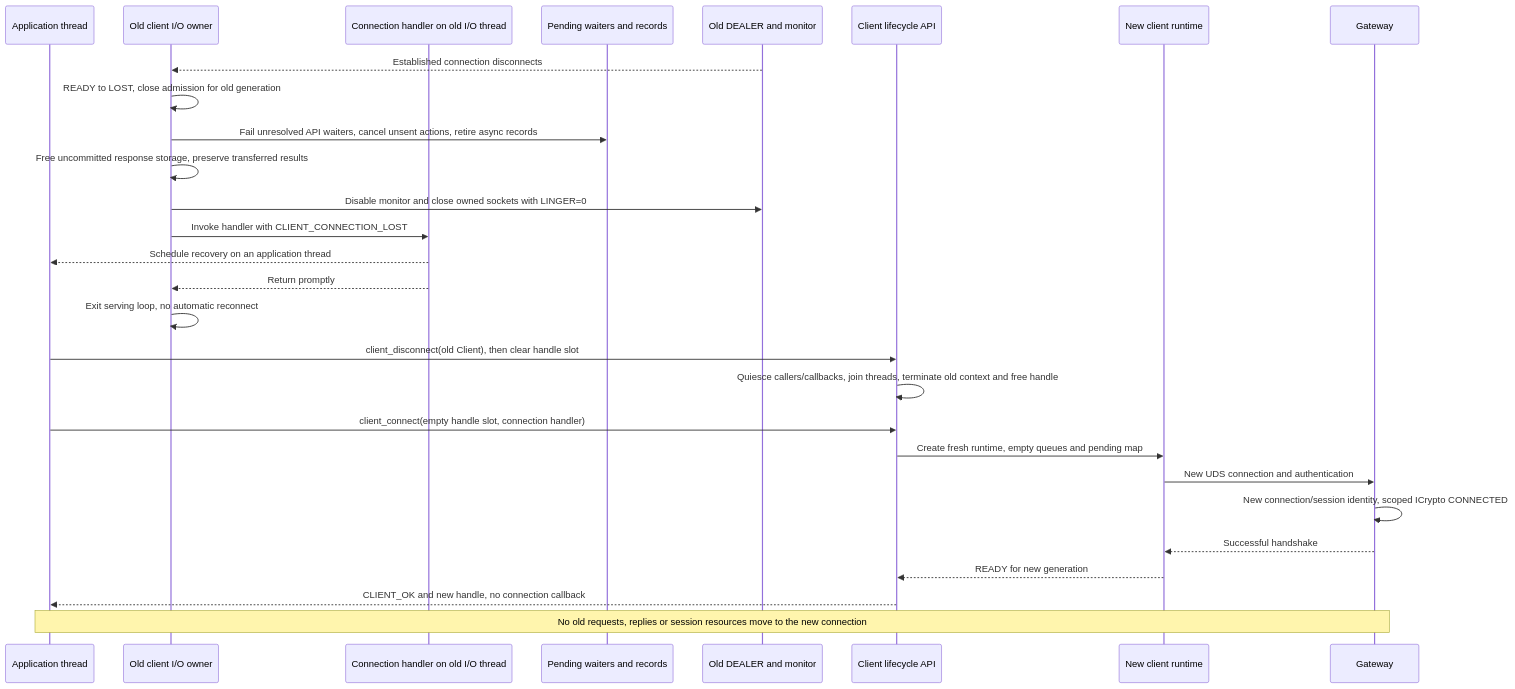
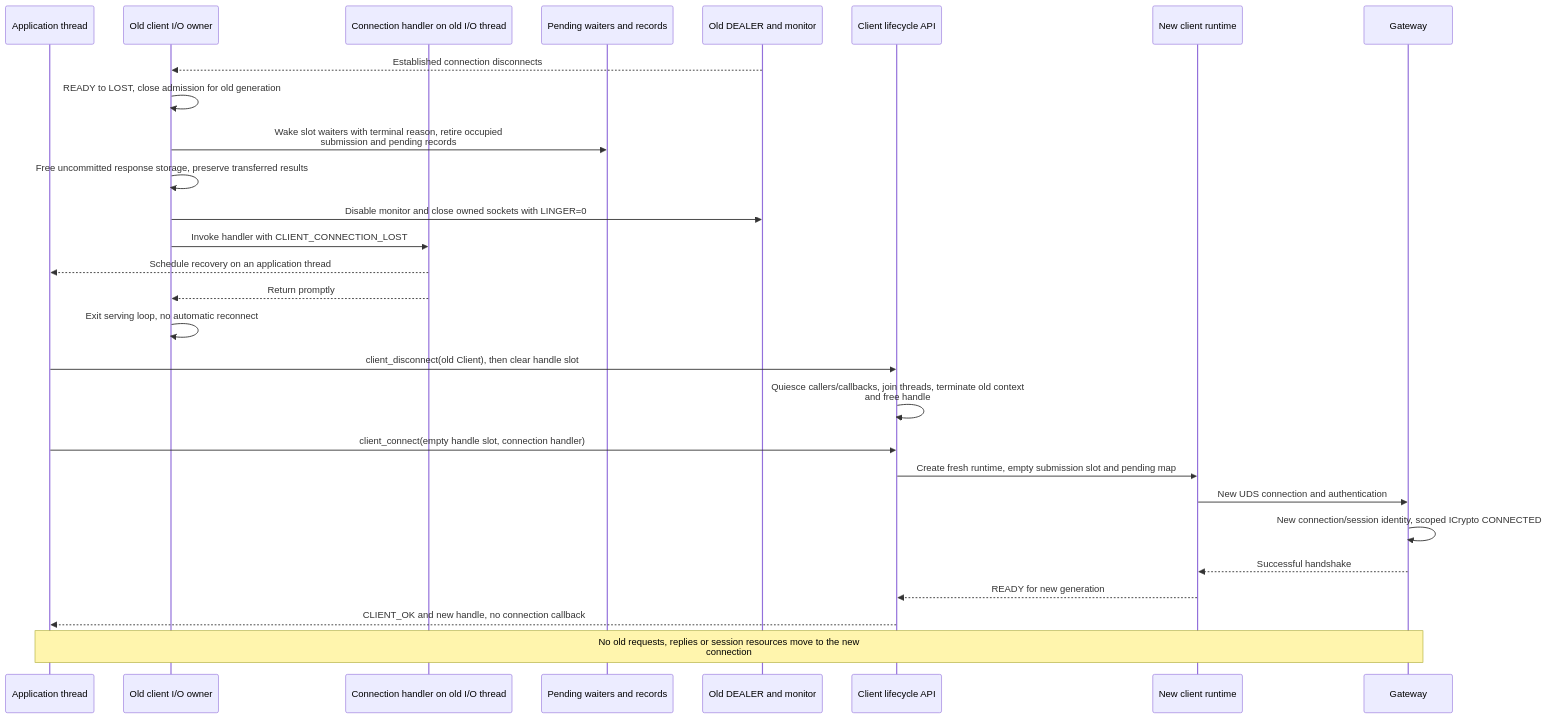
Diagram 16 of 38 in doc/EyilSecureGateway.md (rdkcentral/eyil-secure-gateway), drawn with Mermaid before and after one commit. The commit also changed other lines of this file, not shown here.

````diff
--- a/doc/EyilSecureGateway.md
+++ b/doc/EyilSecureGateway.md
@@ -2383,30 +2718,30 @@
 ```mermaid
 sequenceDiagram
     participant A as Application thread
     participant IO as Old client I/O owner
     participant H as Connection handler on old I/O thread
     participant W as Pending waiters and records
     participant Z as Old DEALER and monitor
     participant API as Client lifecycle API
     participant N as New client runtime
     participant G as Gateway
     Z-->>IO: Established connection disconnects
     IO->>IO: READY to LOST, close admission for old generation
-    IO->>W: Fail unresolved API waiters, cancel unsent actions, retire async records
+    IO->>W: Wake slot waiters with terminal reason, retire occupied<br/>submission and pending records
     IO->>IO: Free uncommitted response storage, preserve transferred results
     IO->>Z: Disable monitor and close owned sockets with LINGER=0
     IO->>H: Invoke handler with CLIENT_CONNECTION_LOST
     H-->>A: Schedule recovery on an application thread
     H-->>IO: Return promptly
     IO->>IO: Exit serving loop, no automatic reconnect
     A->>API: client_disconnect(old Client), then clear handle slot
-    API->>API: Quiesce callers/callbacks, join threads, terminate old context and free handle
+    API->>API: Quiesce callers/callbacks, join threads, terminate old context<br/>and free handle
     A->>API: client_connect(empty handle slot, connection handler)
-    API->>N: Create fresh runtime, empty queues and pending map
+    API->>N: Create fresh runtime, empty submission slot and pending map
     N->>G: New UDS connection and authentication
     G->>G: New connection/session identity, scoped ICrypto CONNECTED
     G-->>N: Successful handshake
     N-->>API: READY for new generation
     API-->>A: CLIENT_OK and new handle, no connection callback
-    Note over A,G: No old requests, replies or session resources move to the new connection
+    Note over A,G: No old requests, replies or session resources move to the new<br/>connection
 ```
````
